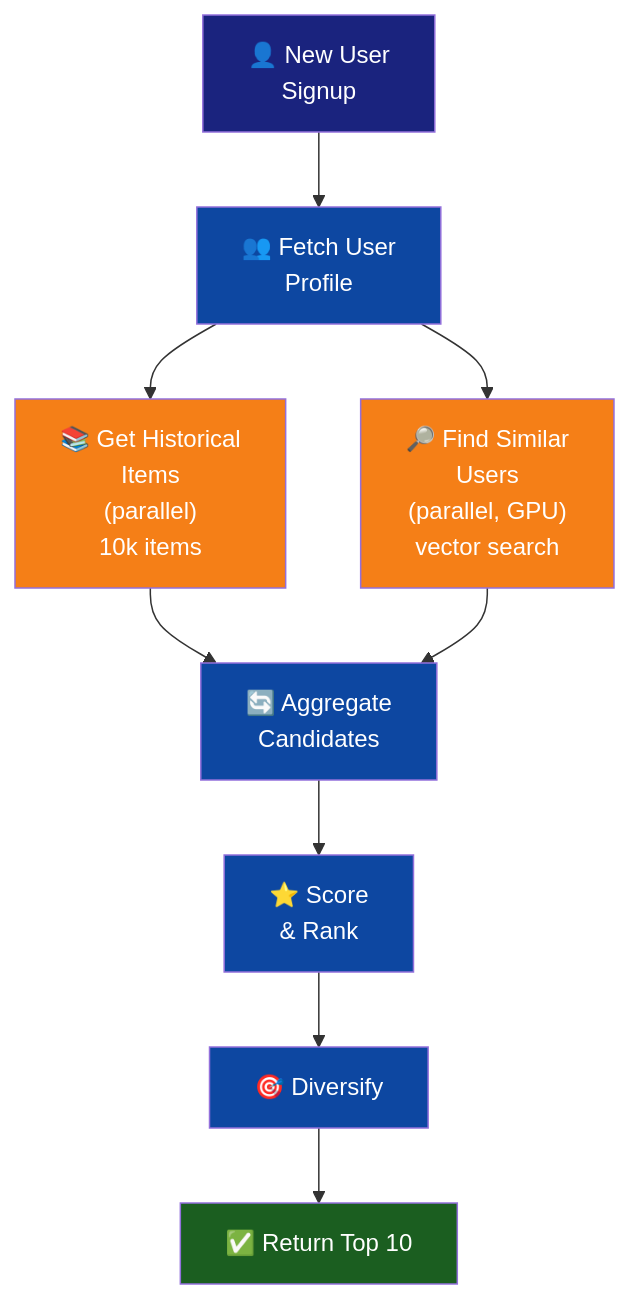
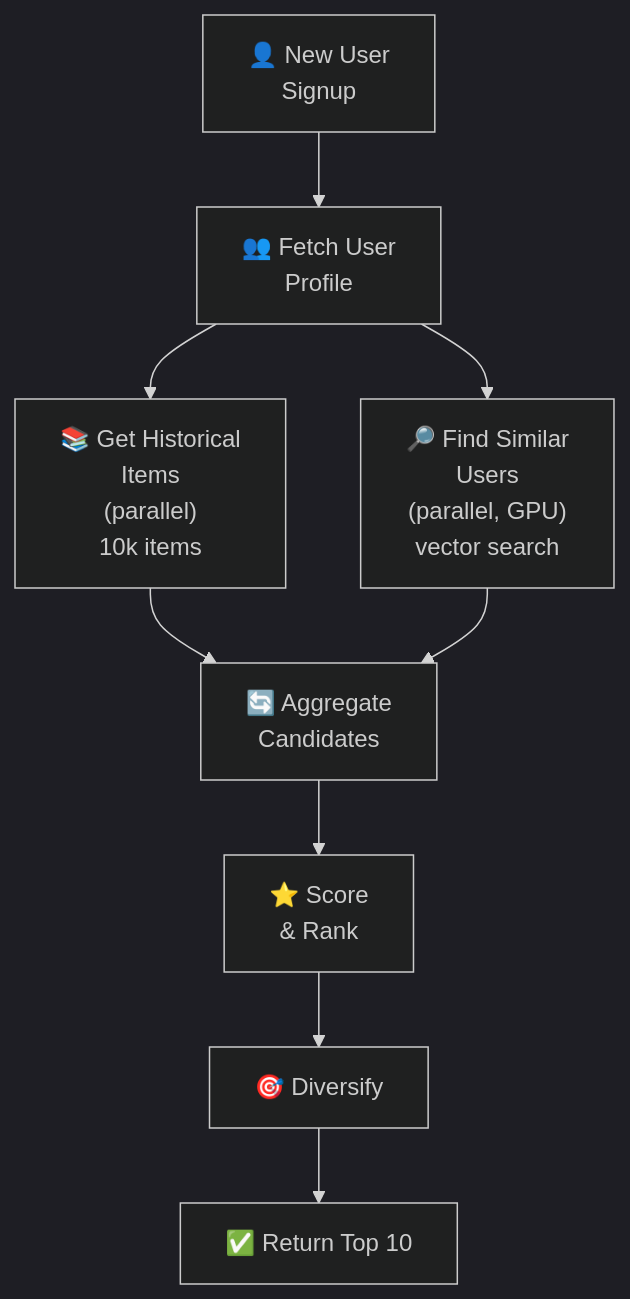
Before and after one commit to Singularity-ng/singularity-workflows: the tenth of 13 diagrams in README.md, drawn with Mermaid. The commit also changed other lines of this file, not shown here.

First line of the commit message:
Use Mermaid's built-in dark theme for all diagrams

````diff
--- a/README.md
+++ b/README.md
@@ -286,24 +227,16 @@
 ```mermaid
+%%{init: {'theme':'dark'}}%%
 graph TB
     A["👤 New User<br/>Signup"]
 
     A --> B["👥 Fetch User<br/>Profile"]
     B --> C1["📚 Get Historical<br/>Items<br/>(parallel)<br/>10k items"]
     B --> C2["🔎 Find Similar<br/>Users<br/>(parallel, GPU)<br/>vector search"]
 
     C1 --> D["🔄 Aggregate<br/>Candidates"]
     C2 --> D
 
     D --> E["⭐ Score<br/>& Rank"]
     E --> F["🎯 Diversify"]
     F --> G["✅ Return Top 10"]
-
-    style A fill:#1a237e,color:#fff
-    style B fill:#0d47a1,color:#fff
-    style C1 fill:#f57f17,color:#fff
-    style C2 fill:#f57f17,color:#fff
-    style D fill:#0d47a1,color:#fff
-    style E fill:#0d47a1,color:#fff
-    style F fill:#0d47a1,color:#fff
-    style G fill:#1b5e20,color:#fff
 ```
````
